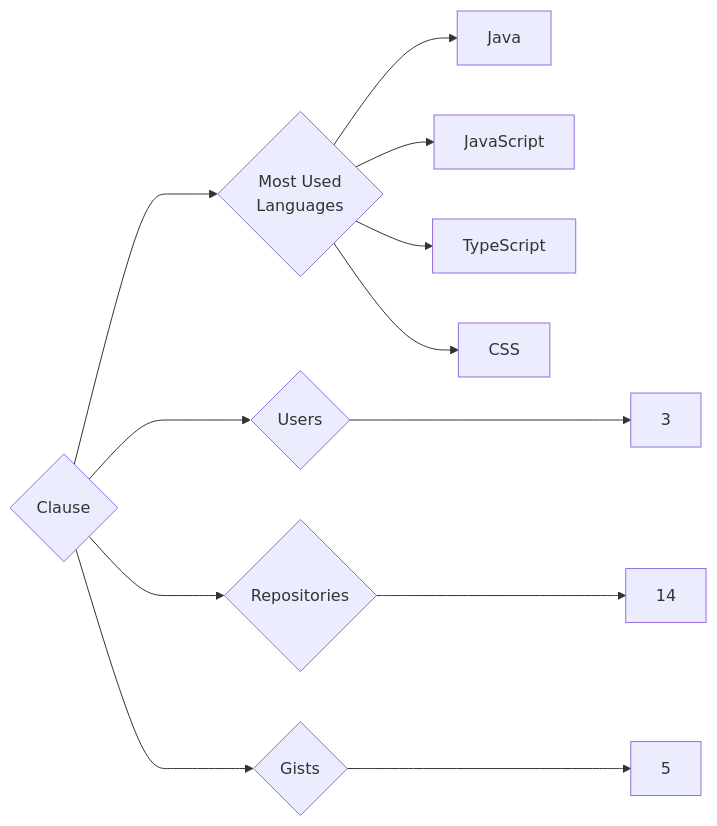
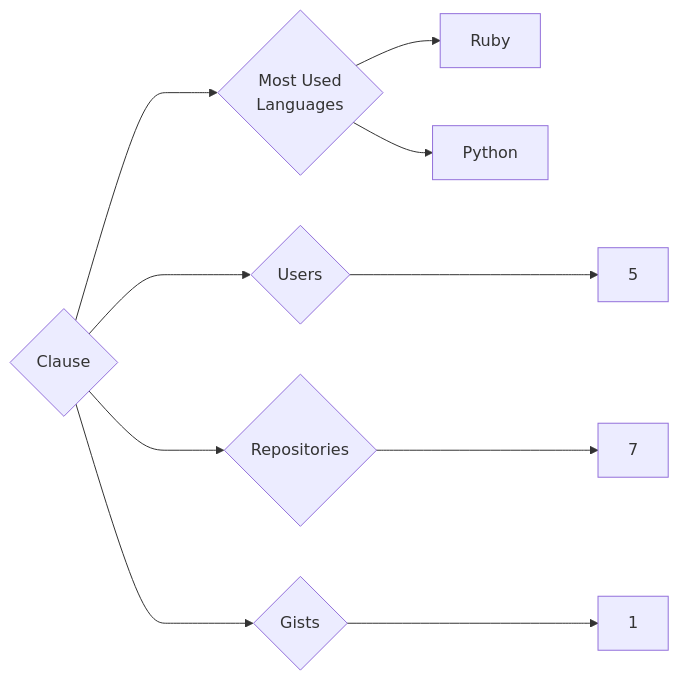
One commit to trickest/insiders changed the diagram in targets/Clause/README.md. Above: the diagram before and after it, drawn with Mermaid. The commit also changed 1141 other files, not shown here.

````diff
--- a/targets/Clause/README.md
+++ b/targets/Clause/README.md
@@ -3,12 +3,10 @@
 ```mermaid
 graph LR
 COMPANY_NAME{Clause}
-COMPANY_NAME ---> U{Users} ---> UN[3]
-COMPANY_NAME ---> R{Repositories} ---> RN[14]
-COMPANY_NAME ---> G{Gists} ---> GN[5]
+COMPANY_NAME ---> U{Users} ---> UN[5]
+COMPANY_NAME ---> R{Repositories} ---> RN[7]
+COMPANY_NAME ---> G{Gists} ---> GN[1]
 COMPANY_NAME ---> ML{Most Used<br>Languages}
-ML --> Java[Java]
-ML --> JavaScript[JavaScript]
-ML --> TypeScript[TypeScript]
-ML --> CSS[CSS]
+ML --> Ruby[Ruby]
+ML --> Python[Python]
 ```
````
